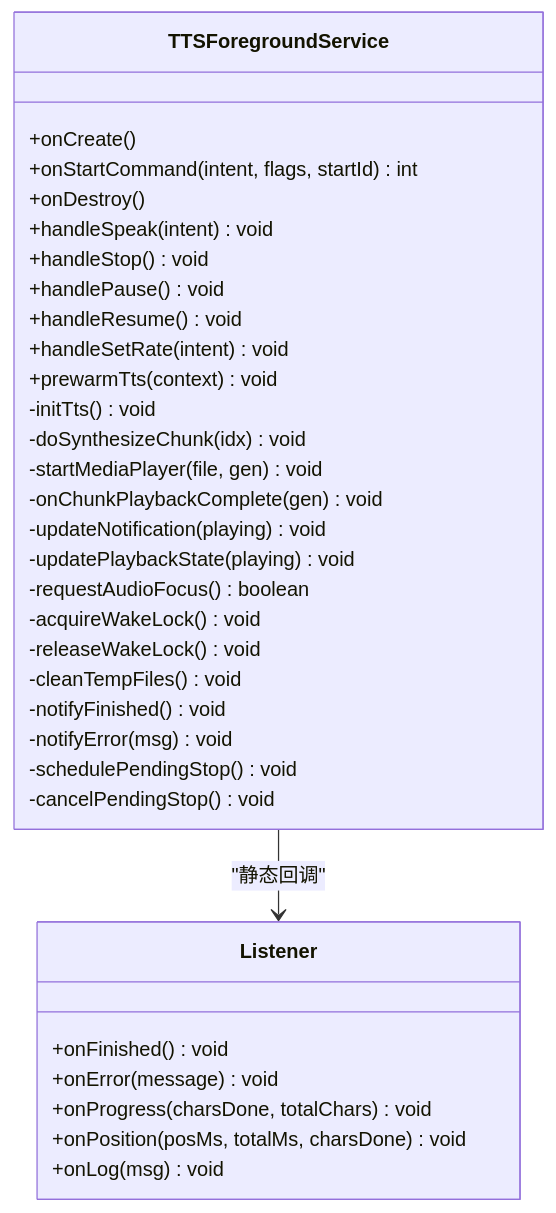
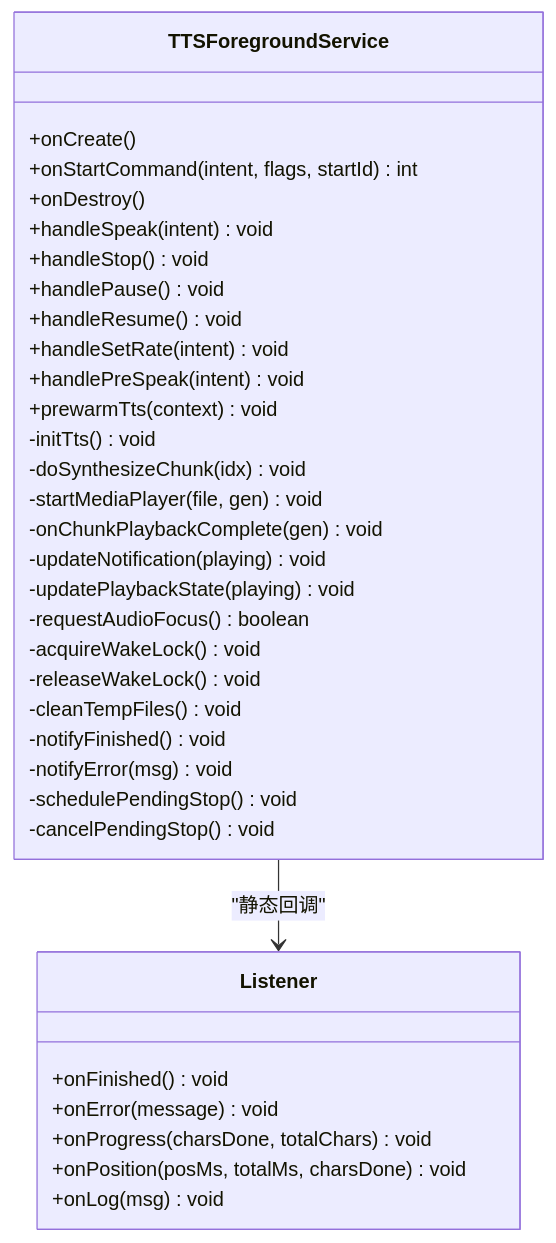
The third of 5 diagrams in .qoder/repowiki/zh/content/移动应用开发/服务管理.md (zhao-zg/cx), drawn with Mermaid before and after one commit. The commit also changed other lines of this file and 24 other files, not shown here.

````diff
--- a/.qoder/repowiki/zh/content/移动应用开发/服务管理.md
+++ b/.qoder/repowiki/zh/content/移动应用开发/服务管理.md
@@ -172,36 +167,37 @@
 ```mermaid
 classDiagram
 class TTSForegroundService {
 +onCreate()
 +onStartCommand(intent, flags, startId) int
 +onDestroy()
 +handleSpeak(intent) void
 +handleStop() void
 +handlePause() void
 +handleResume() void
 +handleSetRate(intent) void
++handlePreSpeak(intent) void
 +prewarmTts(context) void
 -initTts() void
 -doSynthesizeChunk(idx) void
 -startMediaPlayer(file, gen) void
 -onChunkPlaybackComplete(gen) void
 -updateNotification(playing) void
 -updatePlaybackState(playing) void
 -requestAudioFocus() boolean
 -acquireWakeLock() void
 -releaseWakeLock() void
 -cleanTempFiles() void
 -notifyFinished() void
 -notifyError(msg) void
 -schedulePendingStop() void
 -cancelPendingStop() void
 }
 class Listener {
 +onFinished() void
 +onError(message) void
 +onProgress(charsDone, totalChars) void
 +onPosition(posMs, totalMs, charsDone) void
 +onLog(msg) void
 }
 TTSForegroundService --> Listener : "静态回调"
 ```
````
